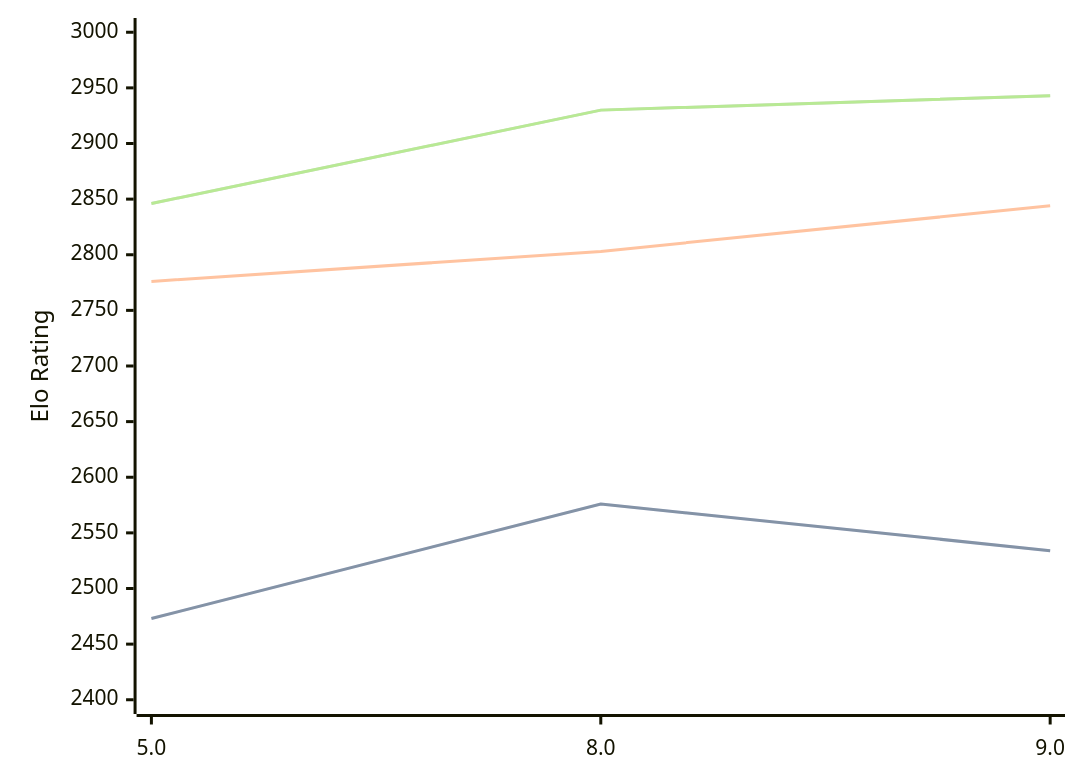
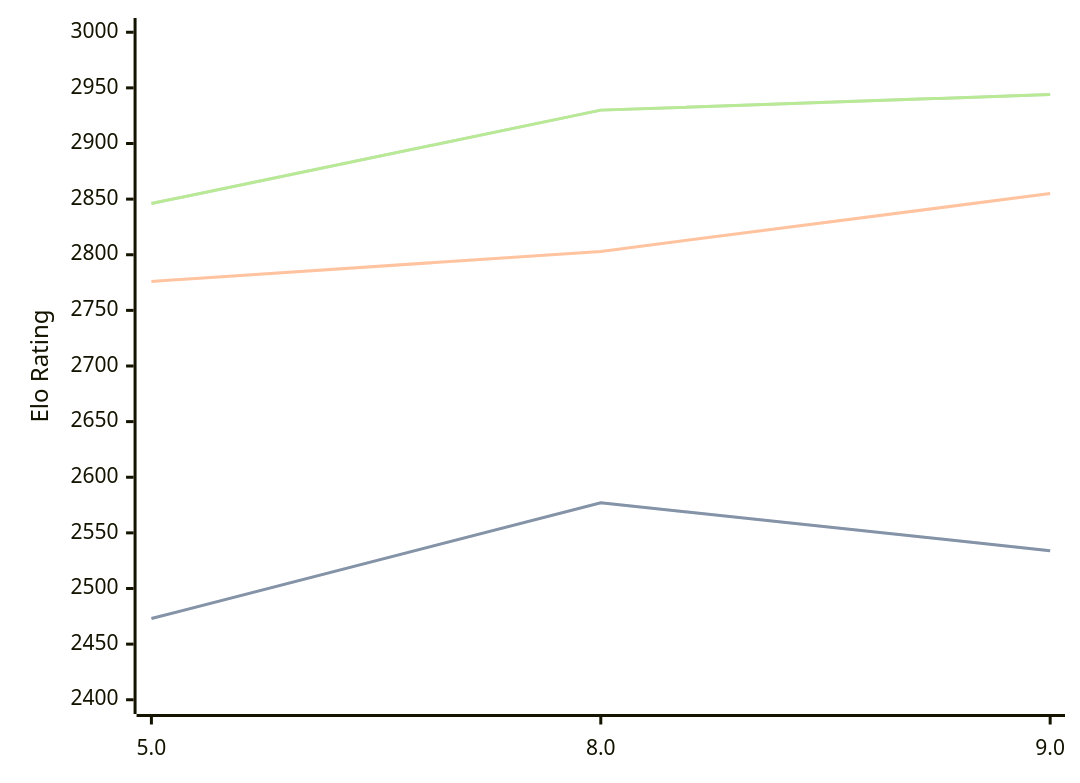
The third of 3 diagrams in engines/4kc.md (computer-chess-index/cci), drawn with Mermaid before and after one commit. The commit also changed other lines of this file, not shown here.

Commit message:
Update CCI Ratings (ELO VLTC) - 2026-06-18

````diff
--- a/engines/4kc.md
+++ b/engines/4kc.md
@@ -75,11 +75,11 @@
 ```mermaid
 %%{init: {"theme":"base","themeVariables":{"seriesColors:['#a3a3a3','#222221','#faa371']}}}%%
 xychart-beta
   x-axis ["5.0", "8.0", "9.0"]
   y-axis "Elo Rating" 2400 --> 3000
-  line "STC (8.0+0.08s)" [2473, 2576, 2534]
-  line "STC (8.0+0.08s)" [2473, 2576, 2534]
-  line "LTC (60.0+0.60s)" [2776, 2803, 2844]
-  line "VLTC (2m24s+1.12s)" [2846, 2930, 2943]
-  line "VLTC (2m24s+1.12s)" [2846, 2930, 2943]
+  line "STC (8.0+0.08s)" [2473, 2577, 2534]
+  line "STC (8.0+0.08s)" [2473, 2577, 2534]
+  line "LTC (60.0+0.60s)" [2776, 2803, 2855]
+  line "VLTC (2m24s+1.12s)" [2846, 2930, 2944]
+  line "VLTC (2m24s+1.12s)" [2846, 2930, 2944]
 ```
````
